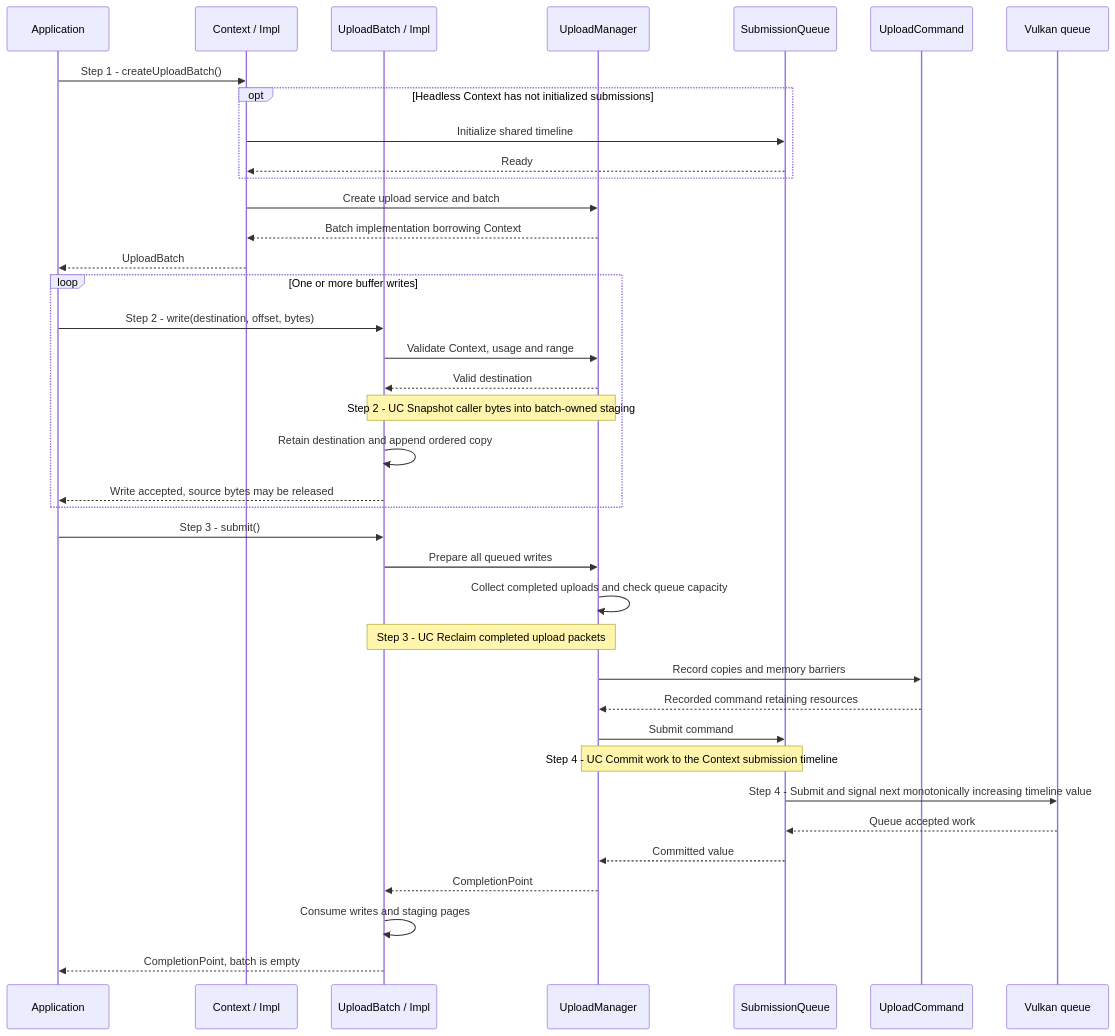
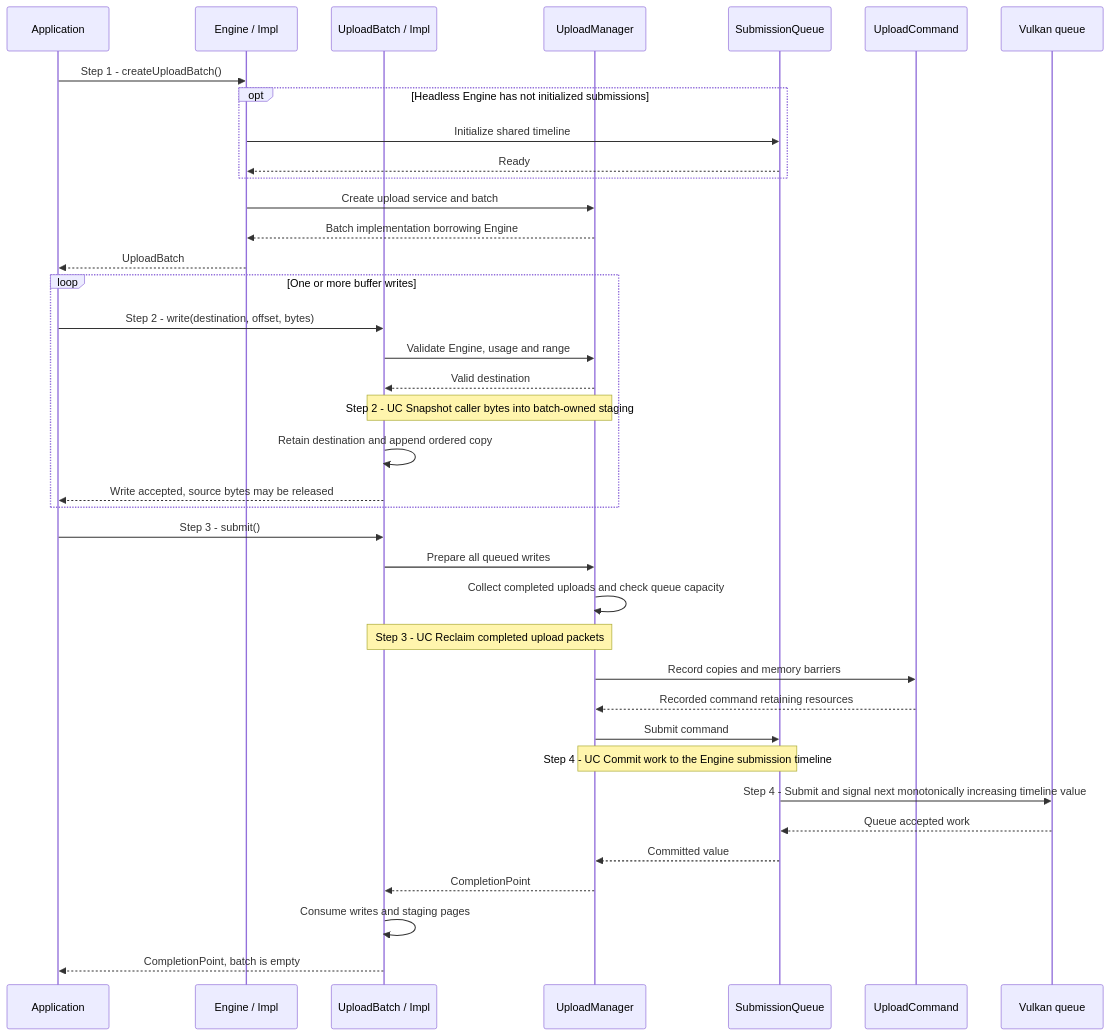
Before and after one commit to a-soltysik/Panda: the diagram in docs/use-cases/upload-buffer.md, drawn with Mermaid. The commit also changed other lines of this file and 158 other files, not shown here.

Commit message:
Refactor Vulkan Context API to Engine (#120)

````diff
--- a/docs/use-cases/upload-buffer.md
+++ b/docs/use-cases/upload-buffer.md
@@ -46,40 +46,40 @@
 ```mermaid
 sequenceDiagram
     participant A as Application
-    participant C as Context / Impl
+    participant C as Engine / Impl
     participant B as UploadBatch / Impl
     participant U as UploadManager
     participant Q as SubmissionQueue
     participant K as UploadCommand
     participant V as Vulkan queue
     A->>C: Step 1 - createUploadBatch()
-    opt Headless Context has not initialized submissions
+    opt Headless Engine has not initialized submissions
         C->>Q: Initialize shared timeline
         Q-->>C: Ready
     end
     C->>U: Create upload service and batch
-    U-->>C: Batch implementation borrowing Context
+    U-->>C: Batch implementation borrowing Engine
     C-->>A: UploadBatch
     loop One or more buffer writes
         A->>B: Step 2 - write(destination, offset, bytes)
-        B->>U: Validate Context, usage and range
+        B->>U: Validate Engine, usage and range
         U-->>B: Valid destination
         Note over B,U: Step 2 - UC Snapshot caller bytes into batch-owned staging
         B->>B: Retain destination and append ordered copy
         B-->>A: Write accepted, source bytes may be released
     end
     A->>B: Step 3 - submit()
     B->>U: Prepare all queued writes
     U->>U: Collect completed uploads and check queue capacity
     Note over B,U: Step 3 - UC Reclaim completed upload packets
     U->>K: Record copies and memory barriers
     K-->>U: Recorded command retaining resources
     U->>Q: Submit command
-    Note over U,Q: Step 4 - UC Commit work to the Context submission timeline
+    Note over U,Q: Step 4 - UC Commit work to the Engine submission timeline
     Q->>V: Step 4 - Submit and signal next monotonically increasing timeline value
     V-->>Q: Queue accepted work
     Q-->>U: Committed value
     U-->>B: CompletionPoint
     B->>B: Consume writes and staging pages
     B-->>A: CompletionPoint, batch is empty
 ```
````
